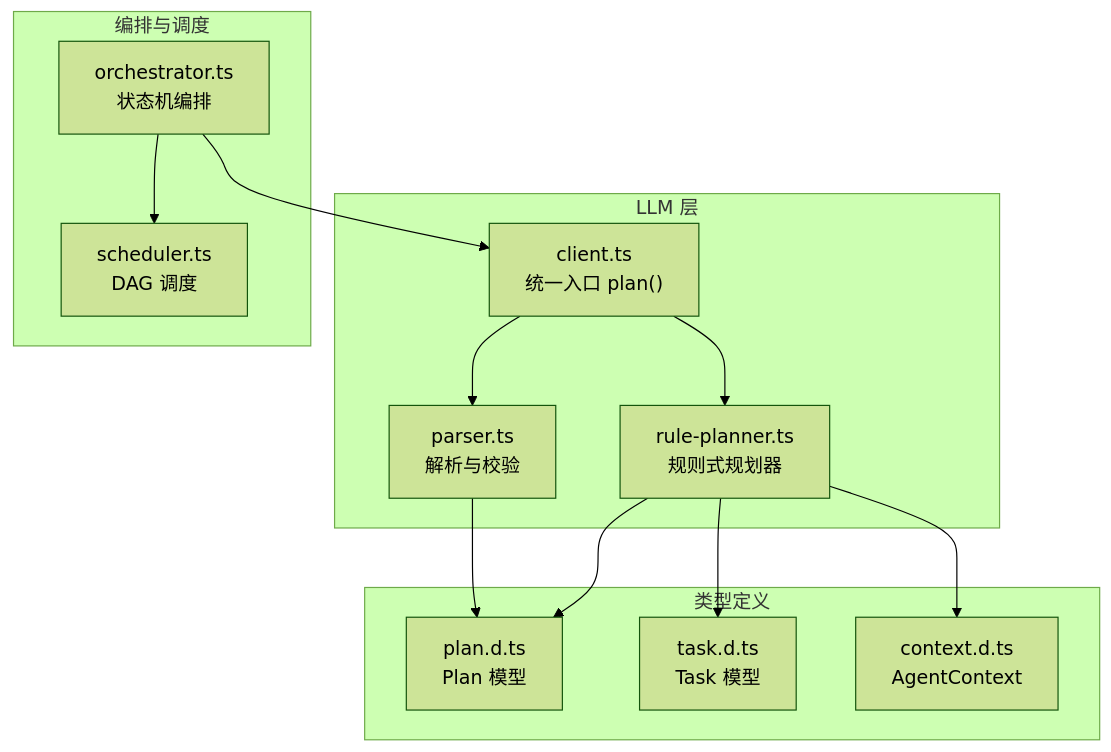
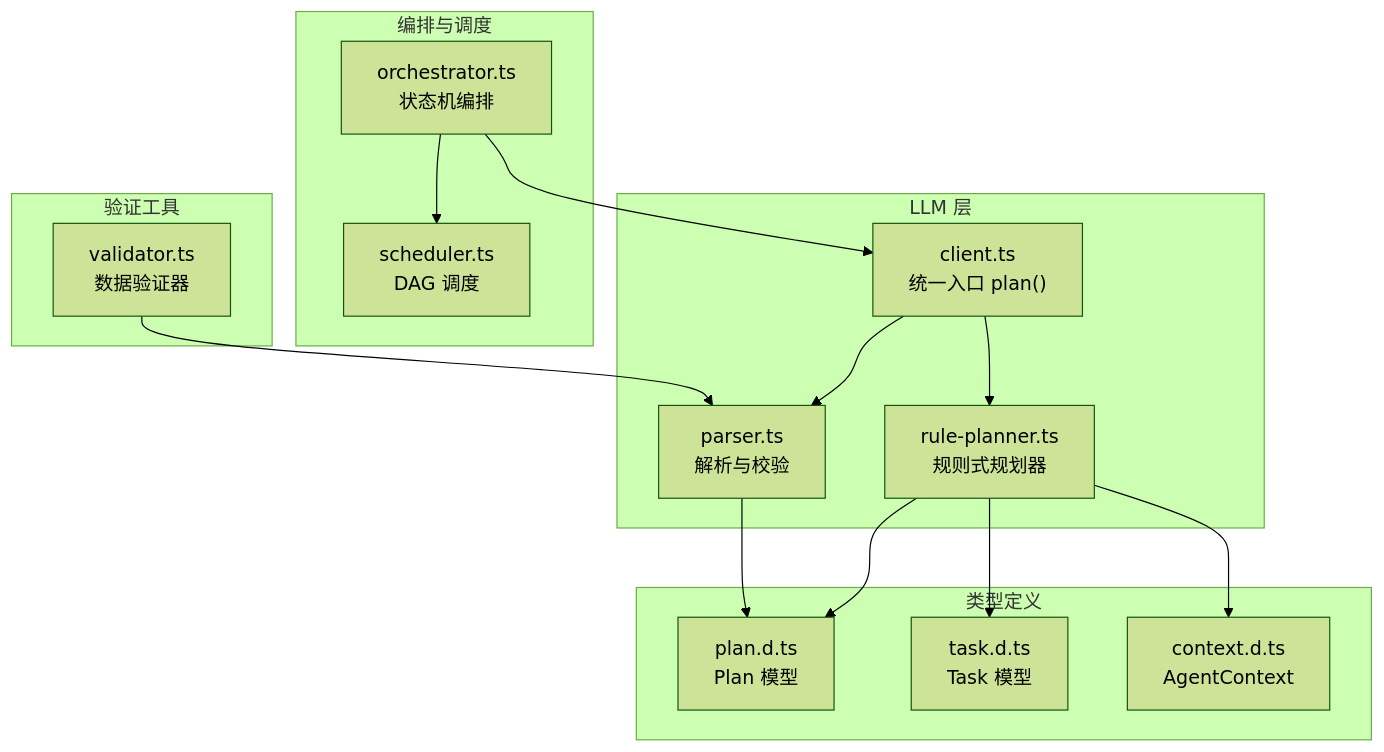
Before and after one commit to Ichi-Hackton/WAIC-WeChat-MiniProgram: the first of 7 diagrams in .qoder/repowiki/zh/content/LLM集成/规则规划器.md, drawn with Mermaid (forest theme). The commit also changed other lines of this file and 33 other files, not shown here.

````diff
--- a/.qoder/repowiki/zh/content/LLM集成/规则规划器.md
+++ b/.qoder/repowiki/zh/content/LLM集成/规则规划器.md
@@ -33,25 +44,29 @@
 ```mermaid
 graph TB
 subgraph "LLM 层"
 Client["client.ts<br/>统一入口 plan()"]
 Parser["parser.ts<br/>解析与校验"]
 RulePlanner["rule-planner.ts<br/>规则式规划器"]
 end
 subgraph "类型定义"
 PlanType["plan.d.ts<br/>Plan 模型"]
 TaskType["task.d.ts<br/>Task 模型"]
 ContextType["context.d.ts<br/>AgentContext"]
 end
 subgraph "编排与调度"
 Orchestrator["orchestrator.ts<br/>状态机编排"]
 Scheduler["scheduler.ts<br/>DAG 调度"]
 end
+subgraph "验证工具"
+Validator["validator.ts<br/>数据验证器"]
+end
 Client --> Parser
 Client --> RulePlanner
 RulePlanner --> PlanType
 RulePlanner --> TaskType
 RulePlanner --> ContextType
 Parser --> PlanType
+Validator --> Parser
 Orchestrator --> Client
 Orchestrator --> Scheduler
 ```
````
